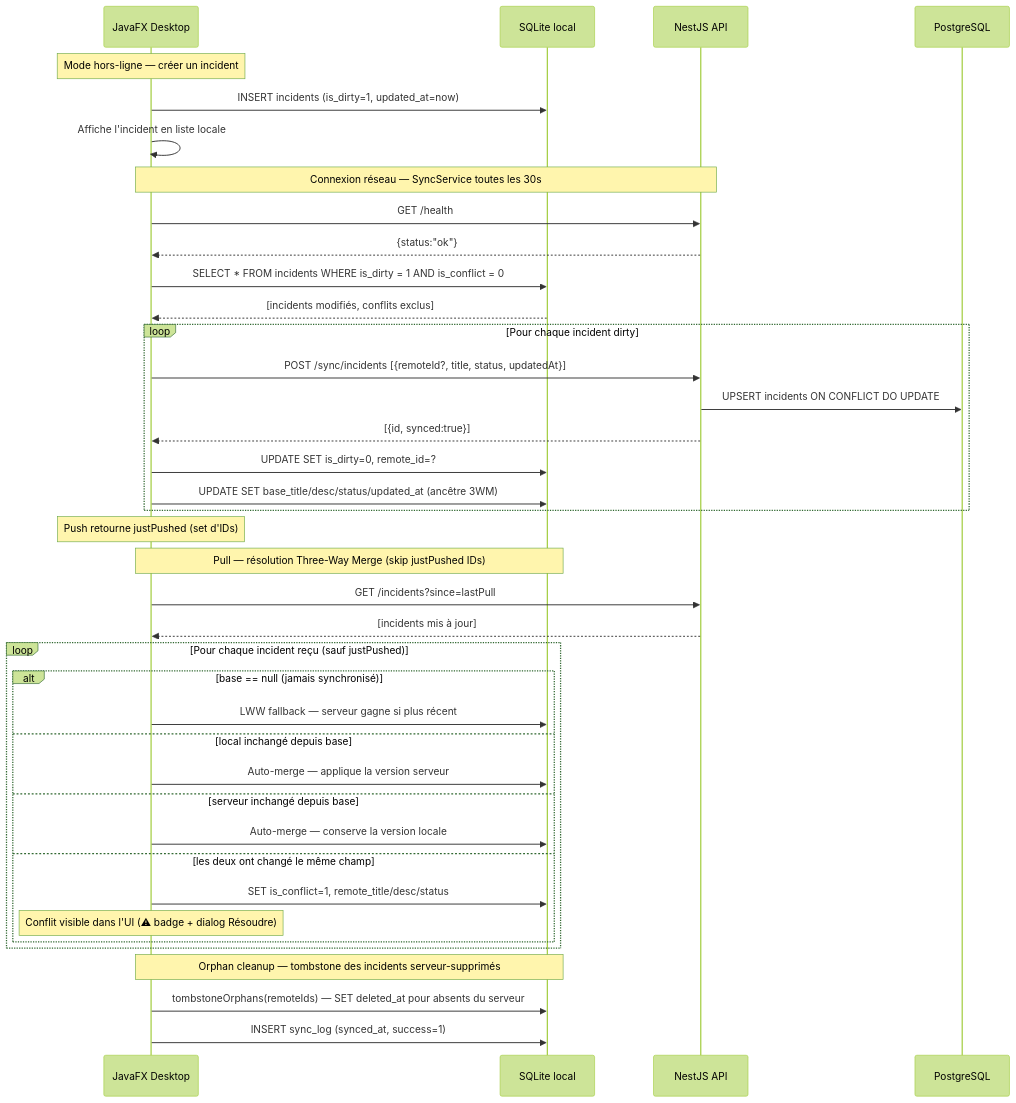
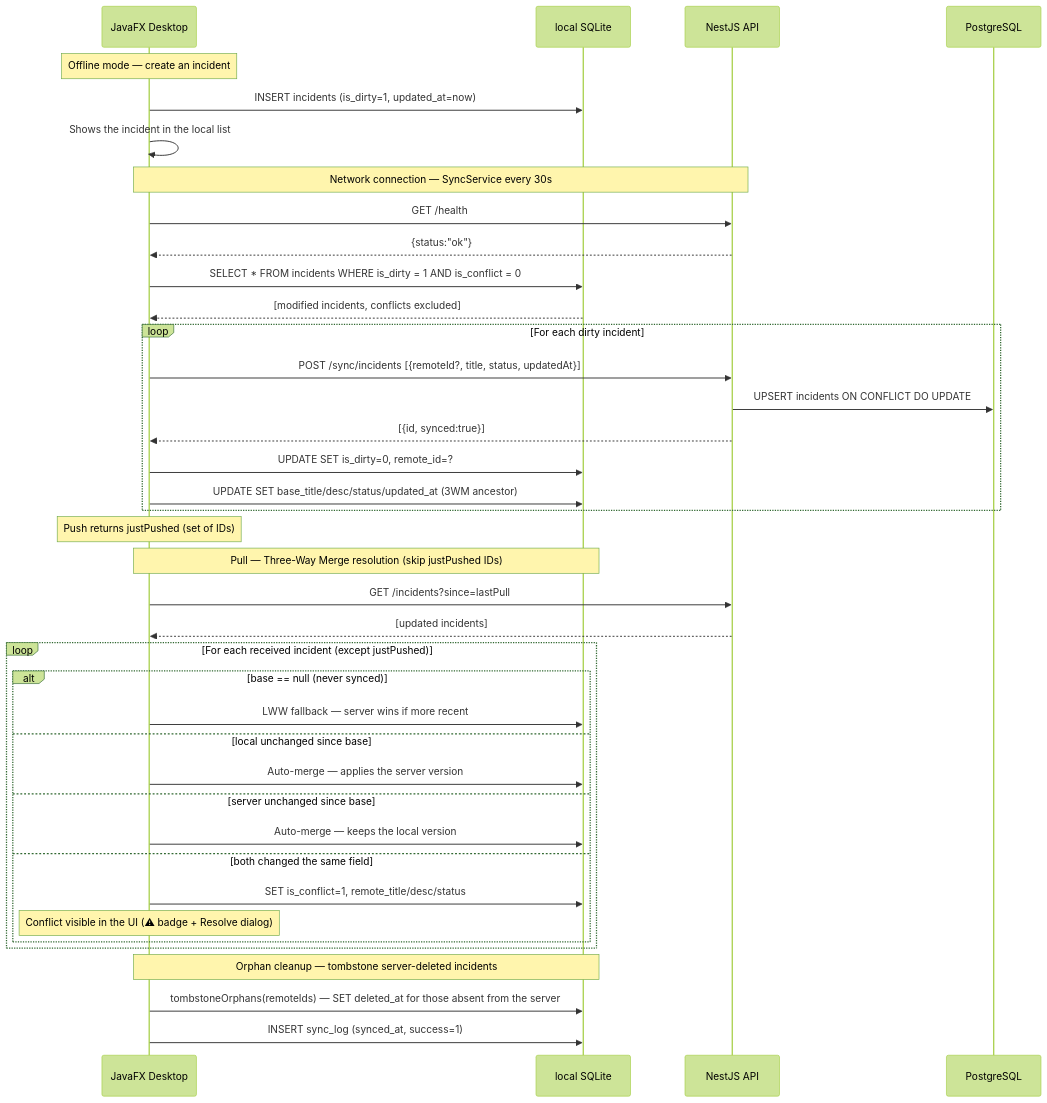
The eighth of 21 diagrams in docs/ARCHITECTURE.md (creibaud/QuartierConnect), drawn with Mermaid (forest theme) before and after one commit. The commit also changed other lines of this file and 155 other files, not shown here.

````diff
--- a/docs/ARCHITECTURE.md
+++ b/docs/ARCHITECTURE.md
@@ -321,47 +323,47 @@
 ```mermaid
 sequenceDiagram
     participant Java as JavaFX Desktop
-    participant SQLite as SQLite local
+    participant SQLite as local SQLite
     participant API as NestJS API
     participant PG as PostgreSQL
 
-    Note over Java: Mode hors-ligne — créer un incident
+    Note over Java: Offline mode — create an incident
     Java->>SQLite: INSERT incidents (is_dirty=1, updated_at=now)
-    Java->>Java: Affiche l'incident en liste locale
+    Java->>Java: Shows the incident in the local list
 
-    Note over Java,API: Connexion réseau — SyncService toutes les 30s
+    Note over Java,API: Network connection — SyncService every 30s
     Java->>API: GET /health
     API-->>Java: {status:"ok"}
 
     Java->>SQLite: SELECT * FROM incidents WHERE is_dirty = 1 AND is_conflict = 0
-    SQLite-->>Java: [incidents modifiés, conflits exclus]
+    SQLite-->>Java: [modified incidents, conflicts excluded]
 
-    loop Pour chaque incident dirty
+    loop For each dirty incident
         Java->>API: POST /sync/incidents [{remoteId?, title, status, updatedAt}]
         API->>PG: UPSERT incidents ON CONFLICT DO UPDATE
         API-->>Java: [{id, synced:true}]
         Java->>SQLite: UPDATE SET is_dirty=0, remote_id=?
-        Java->>SQLite: UPDATE SET base_title/desc/status/updated_at (ancêtre 3WM)
+        Java->>SQLite: UPDATE SET base_title/desc/status/updated_at (3WM ancestor)
     end
 
-    Note over Java: Push retourne justPushed (set d'IDs)
-    Note over Java,SQLite: Pull — résolution Three-Way Merge (skip justPushed IDs)
+    Note over Java: Push returns justPushed (set of IDs)
+    Note over Java,SQLite: Pull — Three-Way Merge resolution (skip justPushed IDs)
     Java->>API: GET /incidents?since=lastPull
-    API-->>Java: [incidents mis à jour]
-    loop Pour chaque incident reçu (sauf justPushed)
-        alt base == null (jamais synchronisé)
-            Java->>SQLite: LWW fallback — serveur gagne si plus récent
-        else local inchangé depuis base
-            Java->>SQLite: Auto-merge — applique la version serveur
-        else serveur inchangé depuis base
-            Java->>SQLite: Auto-merge — conserve la version locale
-        else les deux ont changé le même champ
+    API-->>Java: [updated incidents]
+    loop For each received incident (except justPushed)
+        alt base == null (never synced)
+            Java->>SQLite: LWW fallback — server wins if more recent
+        else local unchanged since base
+            Java->>SQLite: Auto-merge — applies the server version
+        else server unchanged since base
+            Java->>SQLite: Auto-merge — keeps the local version
+        else both changed the same field
             Java->>SQLite: SET is_conflict=1, remote_title/desc/status
-            Note over Java: Conflit visible dans l'UI (⚠ badge + dialog Résoudre)
+            Note over Java: Conflict visible in the UI (⚠ badge + Resolve dialog)
         end
     end
 
-    Note over Java,SQLite: Orphan cleanup — tombstone des incidents serveur-supprimés
-    Java->>SQLite: tombstoneOrphans(remoteIds) — SET deleted_at pour absents du serveur
+    Note over Java,SQLite: Orphan cleanup — tombstone server-deleted incidents
+    Java->>SQLite: tombstoneOrphans(remoteIds) — SET deleted_at for those absent from the server
     Java->>SQLite: INSERT sync_log (synced_at, success=1)
 ```
````
